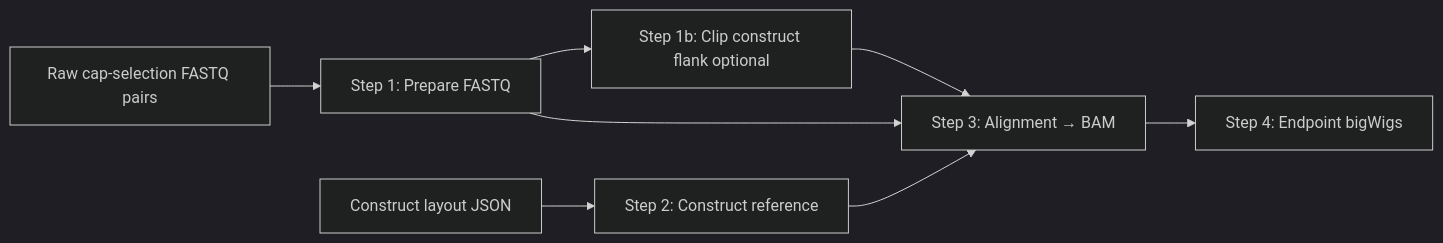
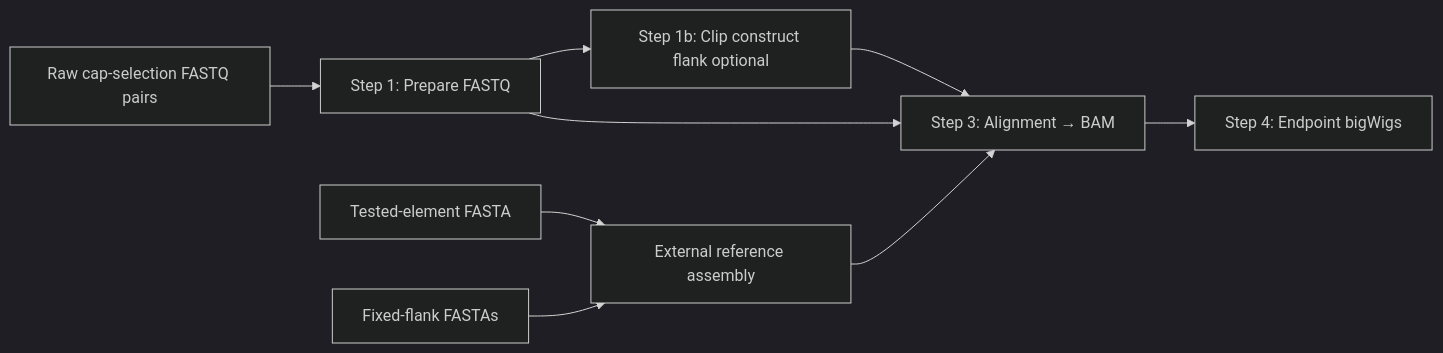
One commit to haiyuan-yu-lab/reporter-assay-pipeline-doc changed the diagram in docs/cap-selection/workflow.md. Above: the diagram before and after it, drawn with Mermaid (dark theme). The commit also changed other lines of this file and 4 other files, not shown here.

Commit message:
Document external CAP reference assembly

````diff
--- a/docs/cap-selection/workflow.md
+++ b/docs/cap-selection/workflow.md
@@ -27,12 +30,14 @@
 ```mermaid
 flowchart LR
     RAW[Raw cap-selection FASTQ pairs]
-    LAYOUT[Construct layout JSON]
+    ELEMENTS[Tested-element FASTA]
+    ADAPTERS[Fixed-flank FASTAs]
     RAW --> S1[Step 1: Prepare FASTQ]
     S1 --> S1B[Step 1b: Clip construct flank optional]
     S1B --> S3[Step 3: Alignment → BAM]
     S1 --> S3
-    LAYOUT --> S2[Step 2: Construct reference]
-    S2 --> S3
+    ELEMENTS --> ASM[External reference assembly]
+    ADAPTERS --> ASM
+    ASM --> S3
     S3 --> S4[Step 4: Endpoint bigWigs]
 ```
````
